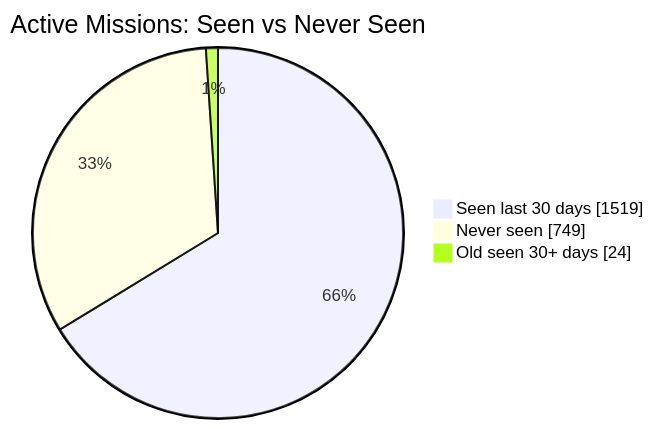
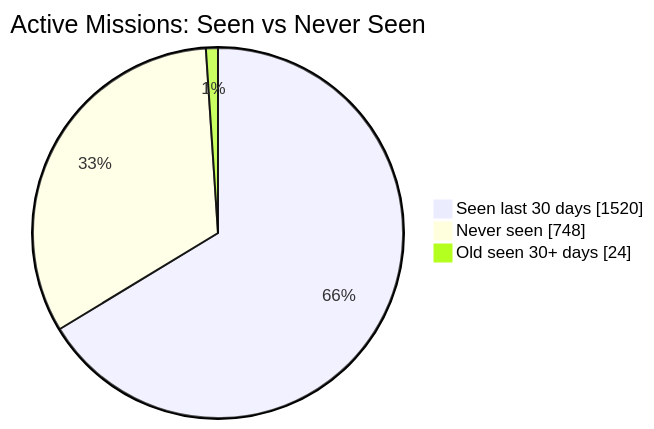
The first of 2 diagrams in README.md (MeldkamerspelGameTeam/active-missions), drawn with Mermaid before and after one commit. The commit also changed other lines of this file and 2 other files, not shown here.

````diff
--- a/README.md
+++ b/README.md
@@ -34,7 +34,7 @@
 ```mermaid
 pie showData
     title Active Missions: Seen vs Never Seen
-    "Seen last 30 days" : 1519
-    "Never seen" : 749
+    "Seen last 30 days" : 1520
+    "Never seen" : 748
     "Old seen 30+ days" : 24
 ```
````
